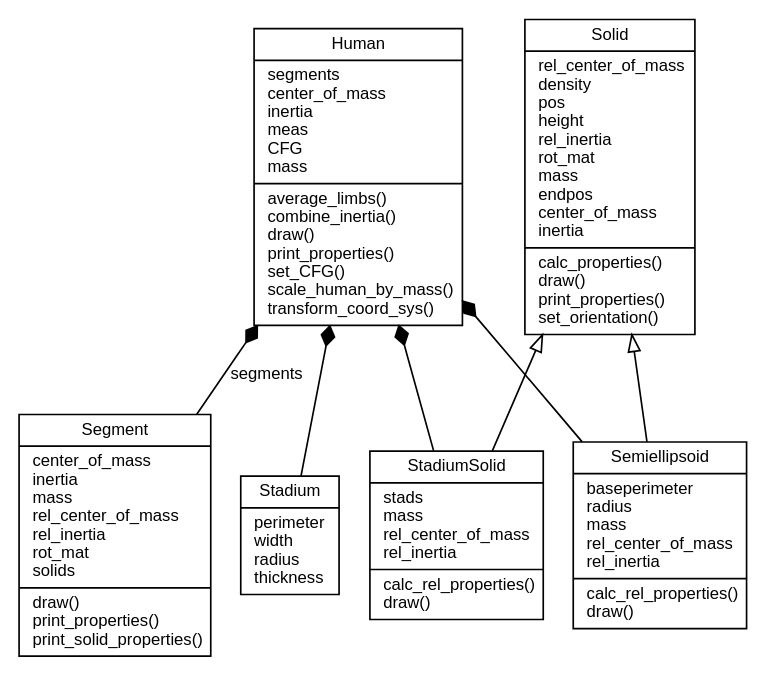
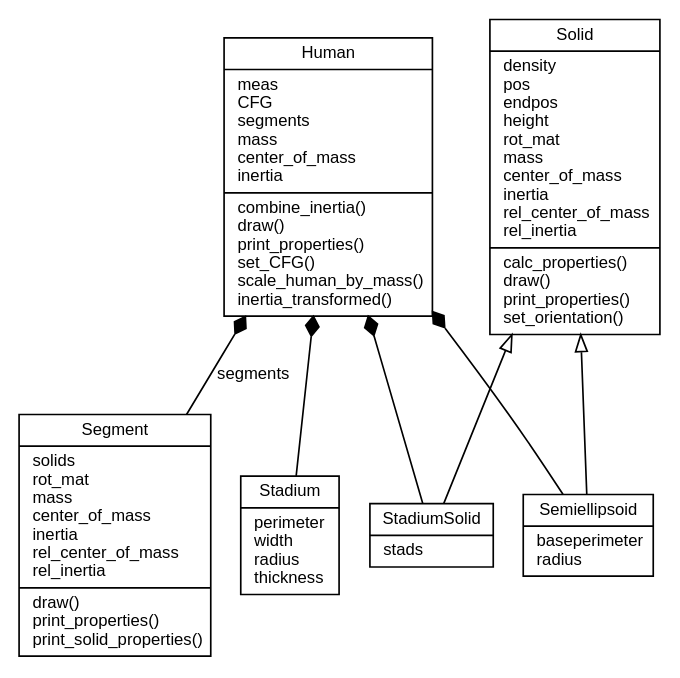
Before and after one commit to chrisdembia/python-yeadon-paper: the diagram in figfactory/umldiagram/umldiagram.dot, drawn with Graphviz. The commit also changed 4 other files, not shown here.

Commit message:
UML diagram, ice skating figure.

```diff
--- a/figfactory/umldiagram/umldiagram.dot
+++ b/figfactory/umldiagram/umldiagram.dot
@@ -1,18 +1,19 @@
 digraph "Yeadon" {
     node [fontname=Arial, fontsize=10];
     edge [fontname=Arial, fontsize=10];
 charset="utf-8"
 rankdir=BT
-"14" [shape="record", label="{Segment|center_of_mass\linertia\lmass\lrel_center_of_mass\lrel_inertia\lrot_mat\lsolids\l|draw()\lprint_properties()\lprint_solid_properties()\l}"];
-"16" [shape="record", label="{Human|segments\lcenter_of_mass\linertia\lmeas\lCFG\lmass\l|average_limbs()\lcombine_inertia()\ldraw()\lprint_properties()\lset_CFG()\lscale_human_by_mass()\ltransform_coord_sys()\l}"];
-"20" [shape="record", label="{StadiumSolid|stads\lmass\lrel_center_of_mass\lrel_inertia\l|calc_rel_properties()\ldraw()\l}"];
-"21" [shape="record", label="{Solid|rel_center_of_mass\ldensity\lpos\lheight\lrel_inertia\lrot_mat\lmass\lendpos\lcenter_of_mass\linertia\l|calc_properties()\ldraw()\lprint_properties()\lset_orientation()\l}"];
+"14" [shape="record", label="{Segment|solids\lrot_mat\lmass\lcenter_of_mass\linertia\lrel_center_of_mass\lrel_inertia\l|draw()\lprint_properties()\lprint_solid_properties()\l}"];
+"16" [shape="record",
+label="{Human|meas\lCFG\lsegments\lmass\lcenter_of_mass\linertia\l|combine_inertia()\ldraw()\lprint_properties()\lset_CFG()\lscale_human_by_mass()\linertia_transformed()\l}"];
+"20" [shape="record", label="{StadiumSolid|stads\l}"];
+"21" [shape="record", label="{Solid|density\lpos\lendpos\lheight\lrot_mat\lmass\lcenter_of_mass\linertia\lrel_center_of_mass\lrel_inertia\l|calc_properties()\ldraw()\lprint_properties()\lset_orientation()\l}"];
 "22" [shape="record", label="{Stadium|perimeter\lwidth\lradius\lthickness\l}"];
-"23" [shape="record", label="{Semiellipsoid|baseperimeter\lradius\lmass\lrel_center_of_mass\lrel_inertia\l|calc_rel_properties()\ldraw()\l}"];
+"23" [shape="record", label="{Semiellipsoid|baseperimeter\lradius\l}"];
 "20" -> "21" [arrowtail="none", arrowhead="empty"];
 "23" -> "21" [arrowtail="none", arrowhead="empty"];
 "14" -> "16" [arrowhead="diamond", style="solid", arrowtail="none", fontcolor="black", label=" segments"];
 "20" -> "16" [arrowhead="diamond", style="solid", arrowtail="none", fontcolor="black"];
 "23" -> "16" [arrowhead="diamond", style="solid", arrowtail="none", fontcolor="black"];
 "22" -> "16" [arrowhead="diamond", style="solid", arrowtail="none", fontcolor="black"];
 }
```
